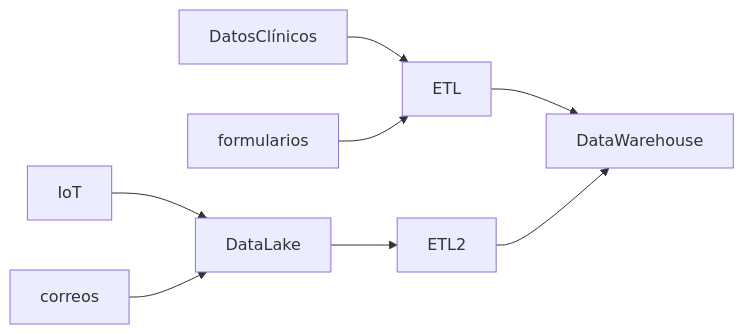
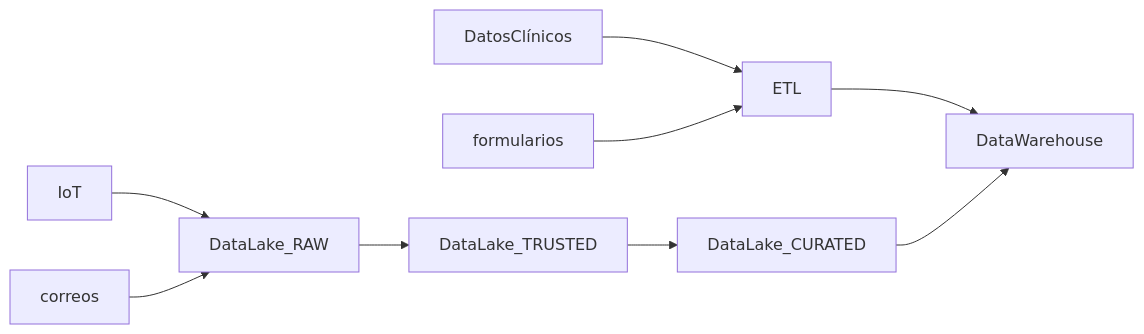
Before and after one commit to git-jrm/ing-datos-M5: the first of 5 diagrams in README.md, drawn with Mermaid. The commit also changed other lines of this file, not shown here.

````diff
--- a/README.md
+++ b/README.md
@@ -43,10 +43,11 @@
 ```mermaid
 graph LR;
   DatosClínicos-->ETL;
   formularios-->ETL;
-  IoT-->DataLake;
-  correos-->DataLake;
-  DataLake-->ETL2;
+  IoT-->DataLake_RAW;
+  correos-->DataLake_RAW;
+  DataLake_RAW-->DataLake_TRUSTED;
+  DataLake_TRUSTED-->DataLake_CURATED;
   ETL-->DataWarehouse;
-  ETL2-->DataWarehouse;
+  DataLake_CURATED-->DataWarehouse;
 ```
````
